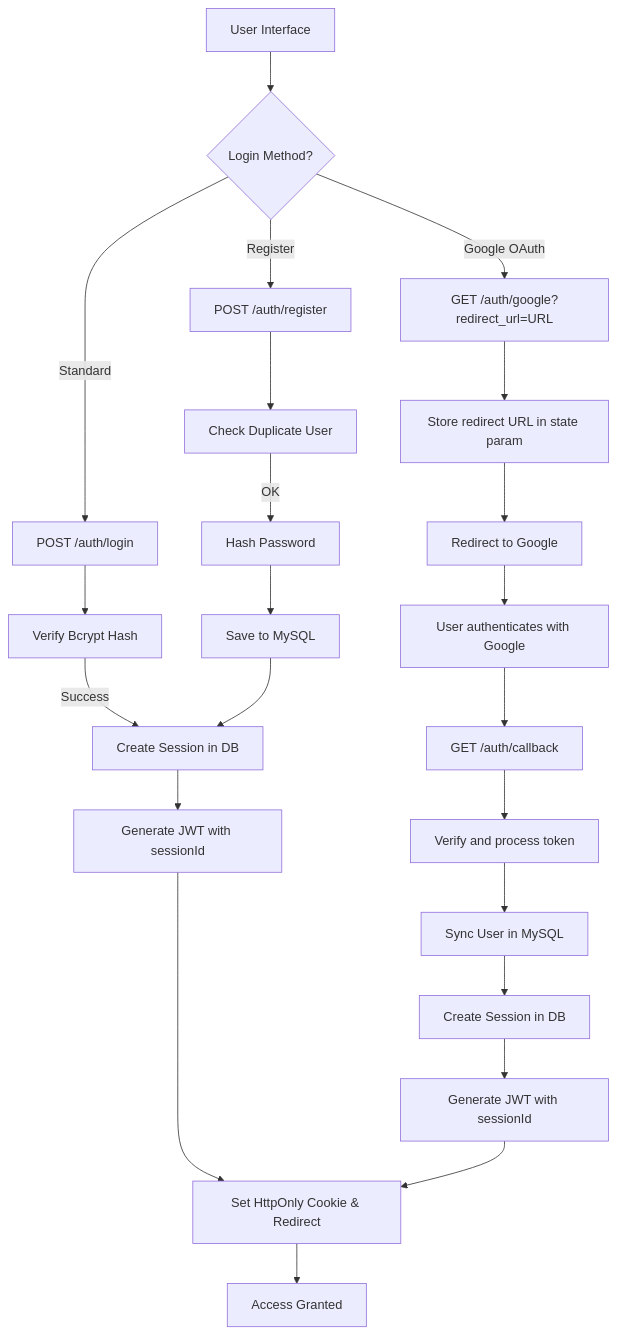
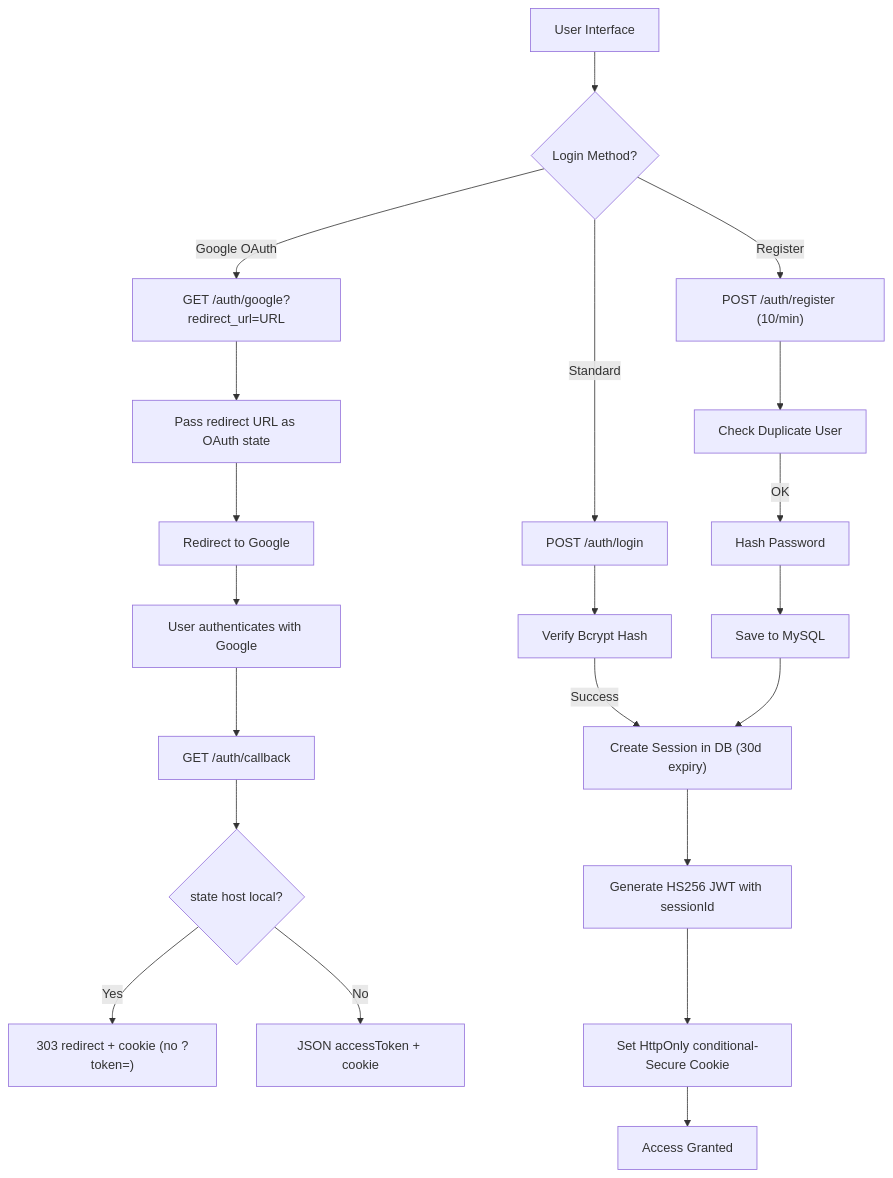
The diagram in docs/authentication.md (mansa-team/server), drawn with Mermaid before and after one commit. The commit also changed other lines of this file and 1 other file, not shown here.

Commit message:
rewrite auth and user docs to match code

````diff
--- a/docs/authentication.md
+++ b/docs/authentication.md
@@ -156,30 +144,27 @@
 ```mermaid
 graph TD
     User["User Interface"] --> Start{Login Method?}
-    
+
     Start -- Standard --> Login["POST /auth/login"]
     Login --> Verify["Verify Bcrypt Hash"]
-    Verify -- Success --> CreateSession["Create Session in DB"]
-    CreateSession --> JWT["Generate JWT with sessionId"]
-    
+    Verify -- Success --> CreateSession["Create Session in DB (30d expiry)"]
+    CreateSession --> JWT["Generate HS256 JWT with sessionId"]
+
     Start -- Google OAuth --> GLogin["GET /auth/google?redirect_url=URL"]
-    GLogin --> State["Store redirect URL in state param"]
+    GLogin --> State["Pass redirect URL as OAuth state"]
     State --> GRedirect["Redirect to Google"]
     GRedirect --> GAuth["User authenticates with Google"]
     GAuth --> GCallback["GET /auth/callback"]
-    GCallback --> GVerify["Verify and process token"]
-    GVerify --> GSync["Sync User in MySQL"]
-    GSync --> GCreateSession["Create Session in DB"]
-    GCreateSession --> OAuthJWT["Generate JWT with sessionId"]
-    
-    Start -- Register --> Reg["POST /auth/register"]
+    GCallback --> Allowlist{"state host local?"}
+    Allowlist -- Yes --> CookieRedirect["303 redirect + cookie (no ?token=)"]
+    Allowlist -- No --> JSONFallback["JSON accessToken + cookie"]
+
+    Start -- Register --> Reg["POST /auth/register (10/min)"]
     Reg --> Valid["Check Duplicate User"]
     Valid -- OK --> Hash["Hash Password"]
     Hash --> Save["Save to MySQL"]
     Save --> CreateSession
 
-    JWT --> Cookie["Set HttpOnly Cookie & Redirect"]
-    OAuthJWT --> Cookie
-    
+    JWT --> Cookie["Set HttpOnly conditional-Secure Cookie"]
     Cookie --> Home["Access Granted"]
 ```
````
